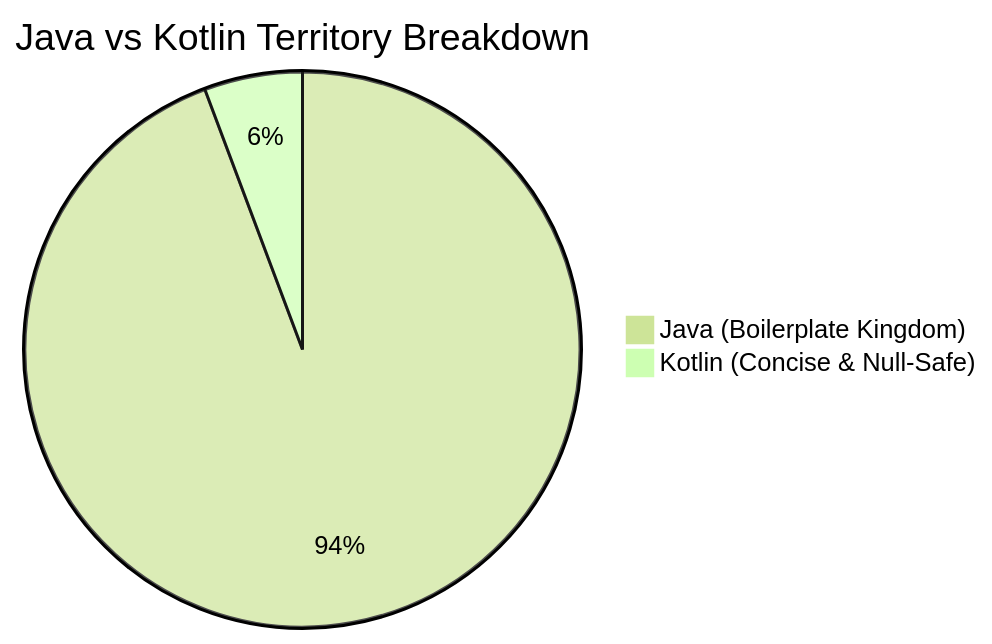
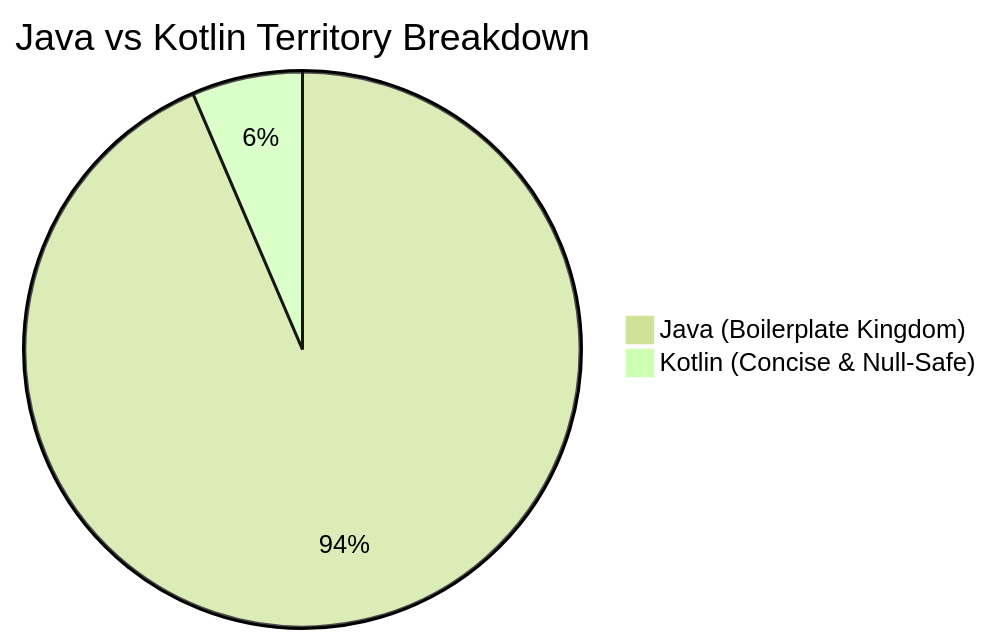
The first of 3 diagrams in KOTLIN_MIGRATION_REPORT.md (solomonrajan/cashledger), drawn with Mermaid (forest theme) before and after one commit. The commit also changed other lines of this file, not shown here.

Commit message:
docs: auto-update Kotlin migration report [skip ci]

````diff
--- a/KOTLIN_MIGRATION_REPORT.md
+++ b/KOTLIN_MIGRATION_REPORT.md
@@ -19,5 +19,5 @@
 ```mermaid
 pie title Java vs Kotlin Territory Breakdown
-    "Java (Boilerplate Kingdom)" : 495
-    "Kotlin (Concise & Null-Safe)" : 30
+    "Java (Boilerplate Kingdom)" : 494
+    "Kotlin (Concise & Null-Safe)" : 34
 ```
````
